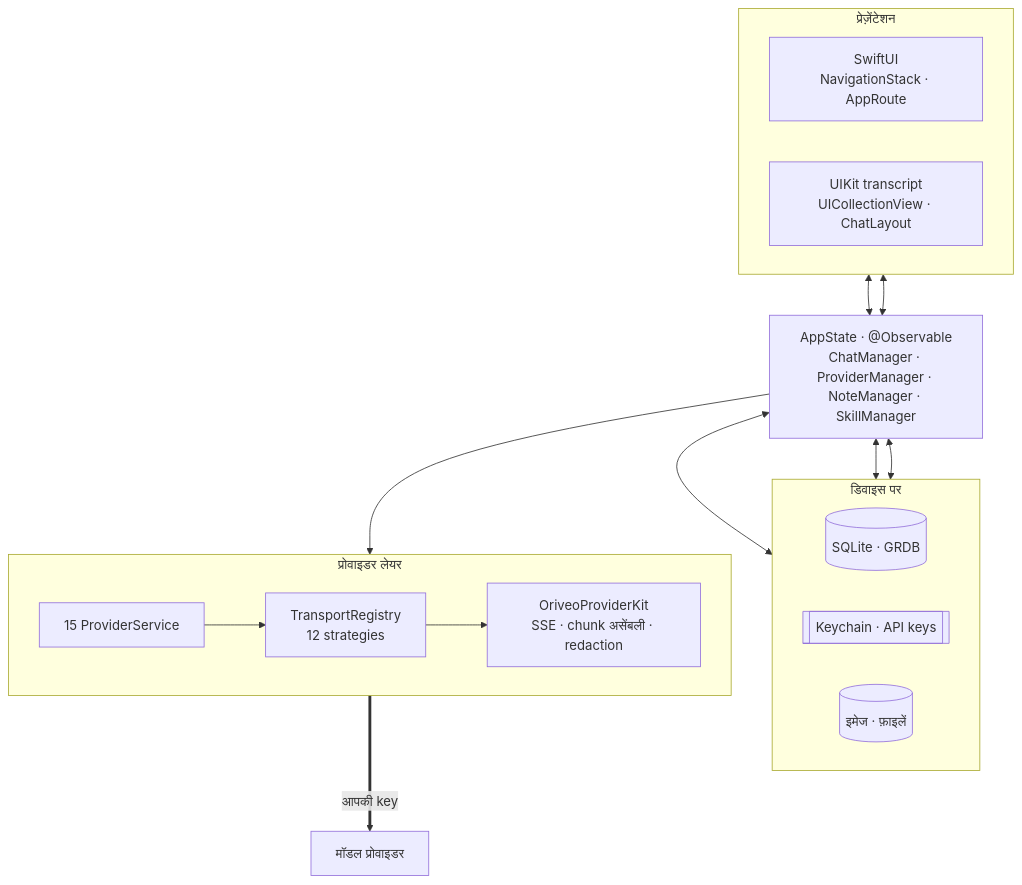
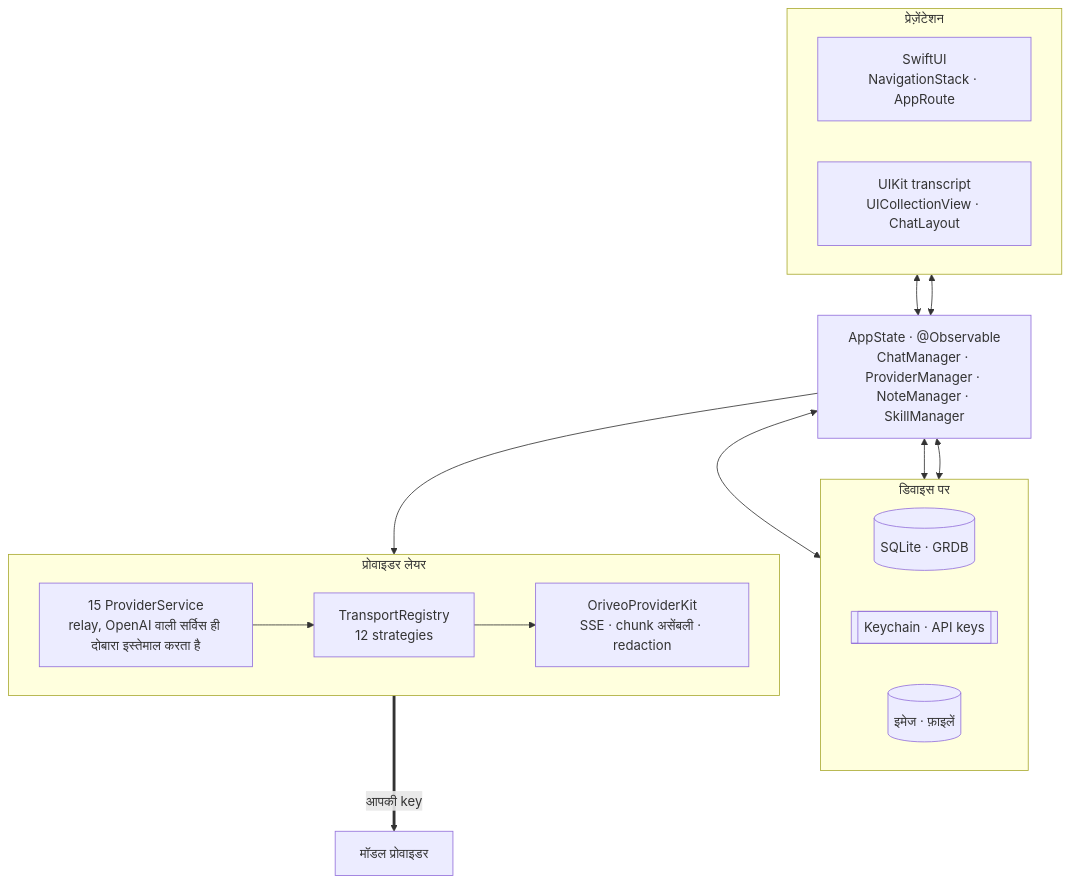
Before and after one commit to oriveo/oriveo: the first of 2 diagrams in readme_i18n/hi/ios.md, drawn with Mermaid. The commit also changed other lines of this file and 62 other files, not shown here.

````diff
--- a/readme_i18n/hi/ios.md
+++ b/readme_i18n/hi/ios.md
@@ -46,30 +46,30 @@
 ```mermaid
 flowchart TB
     subgraph ui ["प्रेज़ेंटेशन"]
         direction LR
         swiftui["SwiftUI<br/>NavigationStack · AppRoute"]
         uikit["UIKit transcript<br/>UICollectionView · ChatLayout"]
     end
 
     appstate["AppState · @Observable<br/>ChatManager · ProviderManager · NoteManager · SkillManager"]
 
     subgraph store ["डिवाइस पर"]
         direction LR
         grdb[("SQLite · GRDB")]
         keychain[["Keychain · API keys"]]
         files[("इमेज · फ़ाइलें")]
     end
 
     subgraph provider ["प्रोवाइडर लेयर"]
         direction LR
-        services["15 ProviderService"]
+        services["15 ProviderService<br/>relay, OpenAI वाली सर्विस ही दोबारा इस्तेमाल करता है"]
         transports["TransportRegistry<br/>12 strategies"]
         kit["OriveoProviderKit<br/>SSE · chunk असेंबली · redaction"]
     end
 
     swiftui & uikit <--> appstate
     appstate <--> grdb & keychain & files
     appstate --> services
     services --> transports --> kit
     kit ==>|"आपकी key"| up["मॉडल प्रोवाइडर"]
 ```
````
